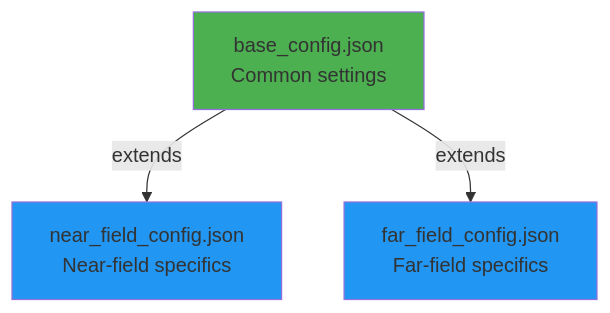
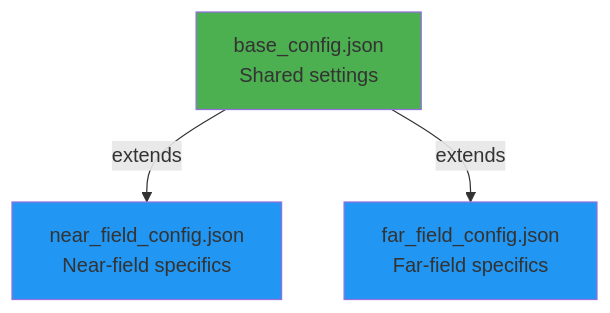
The diagram in docs/configuration.md (rwydaegh/goliat), drawn with Mermaid before and after one commit. The commit also changed other lines of this file and 66 other files, not shown here.

````diff
--- a/docs/configuration.md
+++ b/docs/configuration.md
@@ -9,13 +11,13 @@
 ```mermaid
 graph TD
-    base[base_config.json<br/>Common settings]
+    base[base_config.json<br/>Shared settings]
     nf[near_field_config.json<br/>Near-field specifics]
     ff[far_field_config.json<br/>Far-field specifics]
     
     base -->|extends| nf
     base -->|extends| ff
     
     style base fill:#4CAF50
     style nf fill:#2196F3
     style ff fill:#2196F3
 ```
````
